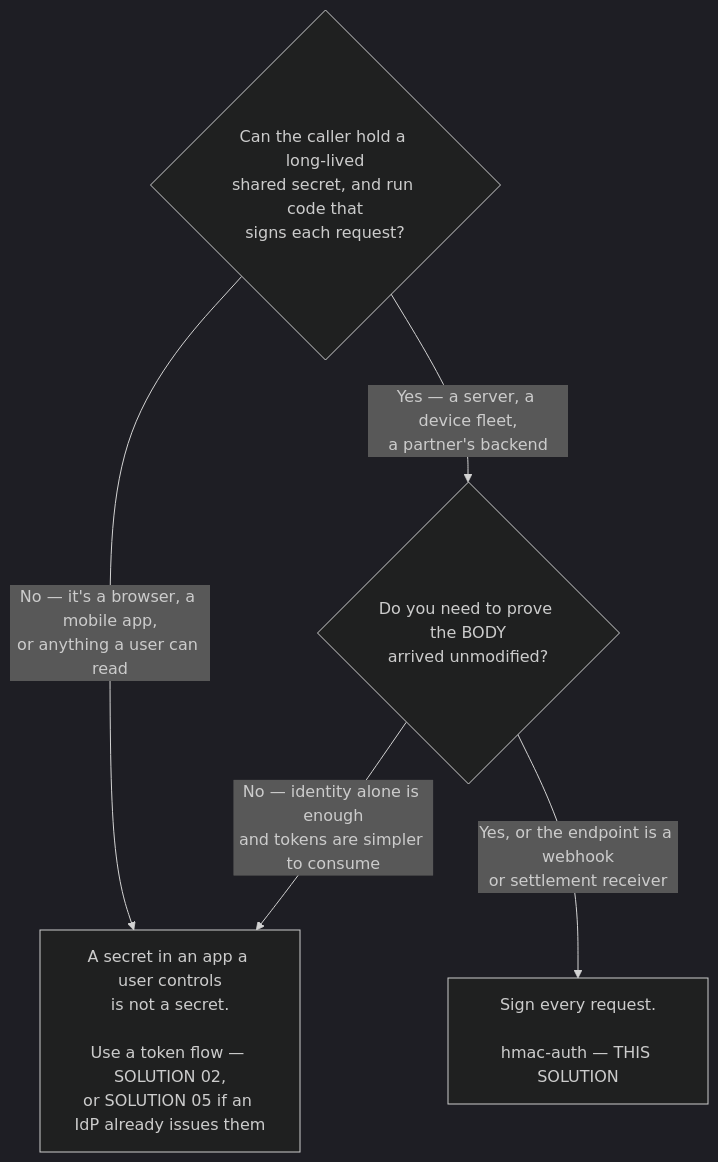
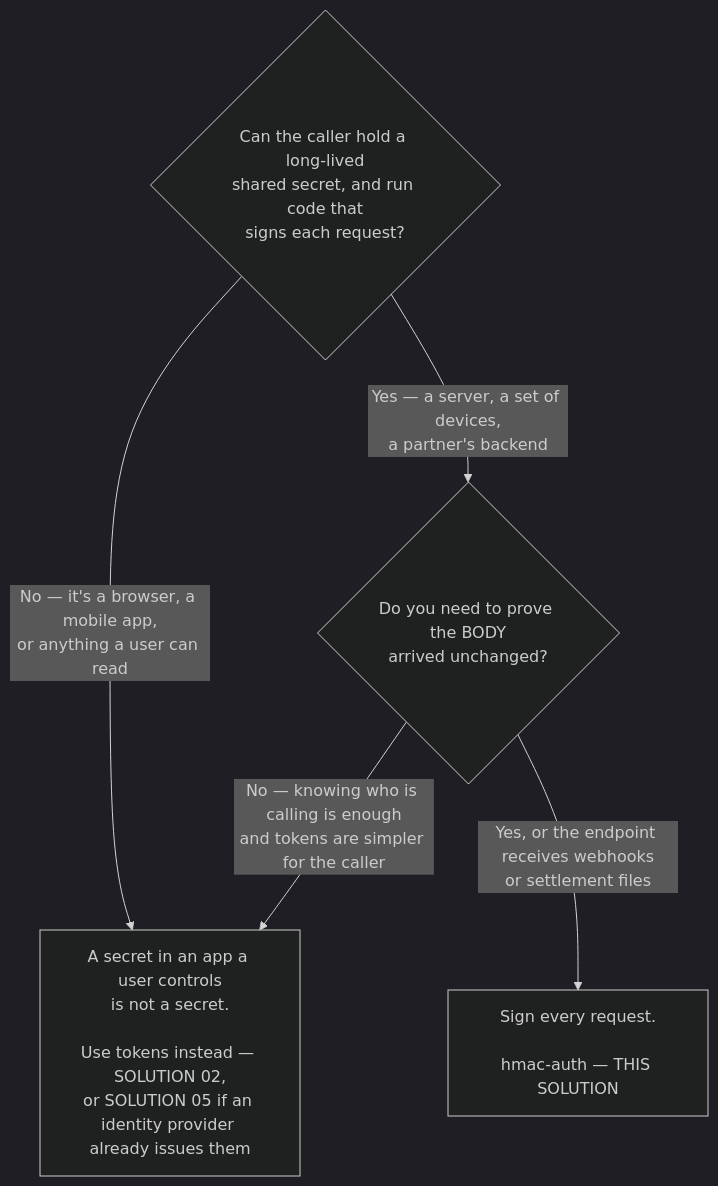
One commit to digitalapicraft/api-gateway-solutions changed the first of 3 diagrams in solutions/06-hmac-auth/architecture.md. Above: the diagram before and after it, drawn with Mermaid (dark theme). The commit also changed other lines of this file and 5 other files, not shown here.

````diff
--- a/solutions/06-hmac-auth/architecture.md
+++ b/solutions/06-hmac-auth/architecture.md
@@ -41,8 +45,8 @@
 ```mermaid
 flowchart TD
     Q{"Can the caller hold a long-lived<br/>shared secret, and run code that<br/>signs each request?"}
-    Q -->|"No — it's a browser, a mobile app,<br/>or anything a user can read"| T["A secret in an app a user controls<br/>is not a secret.<br/><br/>Use a token flow — SOLUTION 02,<br/>or SOLUTION 05 if an IdP already issues them"]
-    Q -->|"Yes — a server, a device fleet,<br/>a partner's backend"| S{"Do you need to prove the BODY<br/>arrived unmodified?"}
-    S -->|"Yes, or the endpoint is a webhook<br/>or settlement receiver"| H["Sign every request.<br/><br/>hmac-auth — THIS SOLUTION"]
-    S -->|"No — identity alone is enough<br/>and tokens are simpler to consume"| T
+    Q -->|"No — it's a browser, a mobile app,<br/>or anything a user can read"| T["A secret in an app a user controls<br/>is not a secret.<br/><br/>Use tokens instead — SOLUTION 02,<br/>or SOLUTION 05 if an identity provider already issues them"]
+    Q -->|"Yes — a server, a set of devices,<br/>a partner's backend"| S{"Do you need to prove the BODY<br/>arrived unchanged?"}
+    S -->|"Yes, or the endpoint receives webhooks<br/>or settlement files"| H["Sign every request.<br/><br/>hmac-auth — THIS SOLUTION"]
+    S -->|"No — knowing who is calling is enough<br/>and tokens are simpler for the caller"| T
 ```
````
